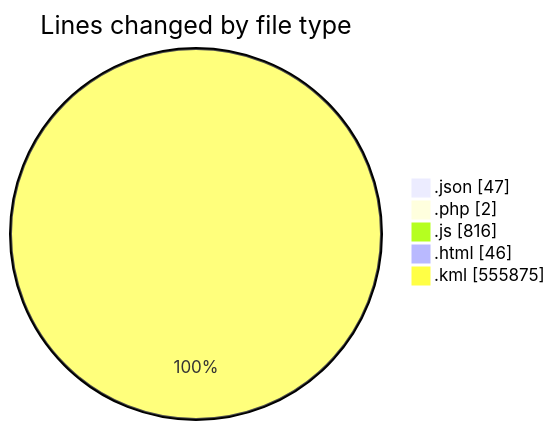
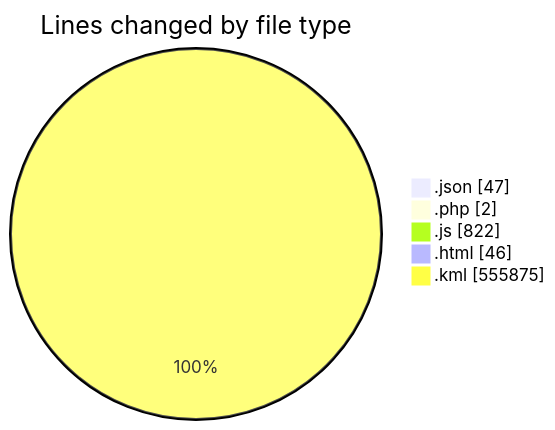
One commit to LanceThiago/code-tracking changed the first of 2 diagrams in 2025-03-27/kml/README.md. Above: the diagram before and after it, drawn with Mermaid. The commit also changed other lines of this file and 1 other file, not shown here.

````diff
--- a/2025-03-27/kml/README.md
+++ b/2025-03-27/kml/README.md
@@ -28,9 +28,9 @@
 ```mermaid
 pie showData
 title Lines changed by file type
 ".json" : 47
 ".php" : 2
-".js" : 816
+".js" : 822
 ".html" : 46
 ".kml" : 555875
 ```
````
